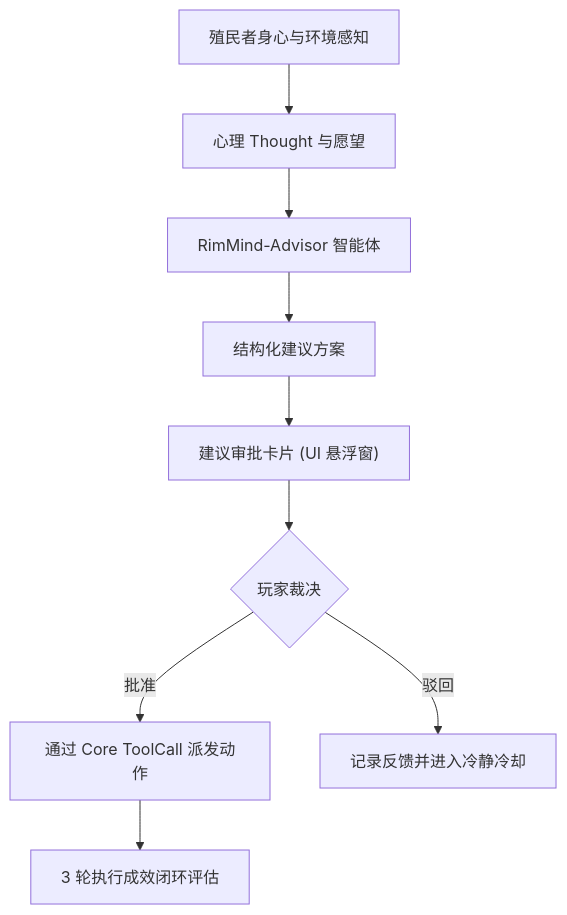
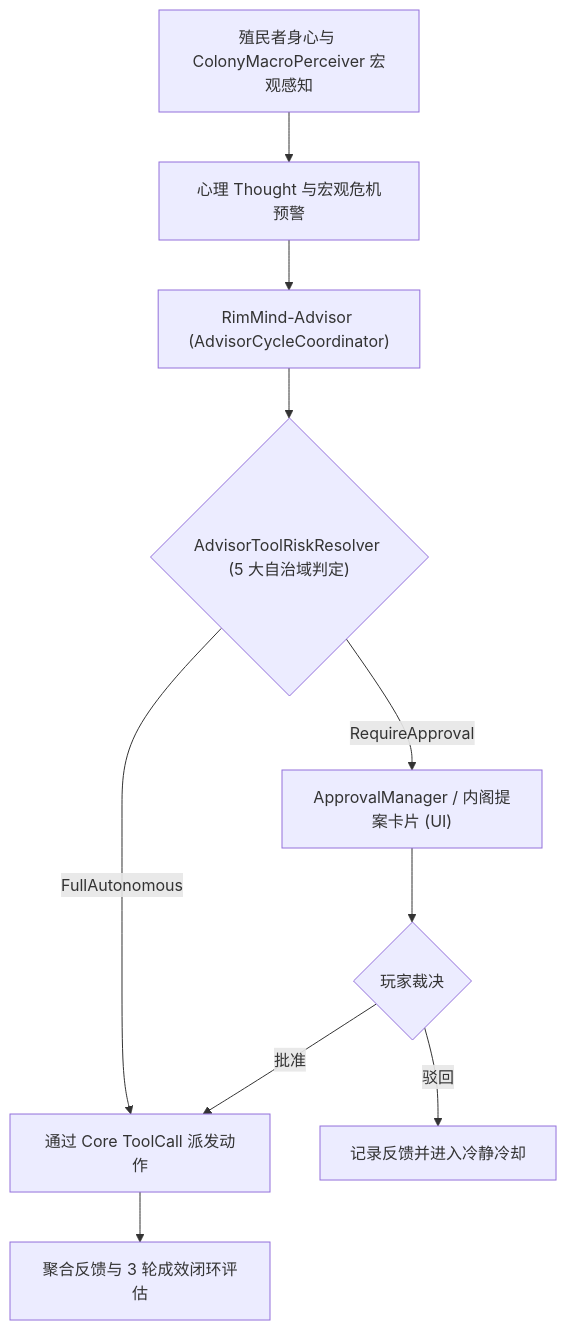
Before and after one commit to RimWorld-RimMind-Mod/RimWorld-RimMind-Mod-Advisor: the diagram in README_zh.md, drawn with Mermaid. The commit also changed other lines of this file and 16 other files, not shown here.

First line of the commit message:
fix(advisor): autonomy-aware risk resolution, anti-spoofing guard, and cabinet callbacks (#19)

````diff
--- a/README_zh.md
+++ b/README_zh.md
@@ -41,11 +42,12 @@
 ```mermaid
 flowchart TD
-    Pawn["殖民者身心与环境感知"] --> Thought["心理 Thought 与愿望"]
-    Thought --> Advisor["RimMind-Advisor 智能体"]
-    Advisor --> Proposal["结构化建议方案"]
-    Proposal --> Overlay["建议审批卡片 (UI 悬浮窗)"]
+    Pawn["殖民者身心与 ColonyMacroPerceiver 宏观感知"] --> Thought["心理 Thought 与宏观危机预警"]
+    Thought --> Advisor["RimMind-Advisor (AdvisorCycleCoordinator)"]
+    Advisor --> Policy{"AdvisorToolRiskResolver (5 大自治域判定)"}
+    Policy -- FullAutonomous --> Execute["通过 Core ToolCall 派发动作"]
+    Policy -- RequireApproval --> Overlay["ApprovalManager / 内阁提案卡片 (UI)"]
     Overlay --> Decision{"玩家裁决"}
-    Decision -- 批准 --> Execute["通过 Core ToolCall 派发动作"]
+    Decision -- 批准 --> Execute
     Decision -- 驳回 --> Cooldown["记录反馈并进入冷静冷却"]
-    Execute --> Feedback["3 轮执行成效闭环评估"]
+    Execute --> Feedback["聚合反馈与 3 轮成效闭环评估"]
 ```
````
